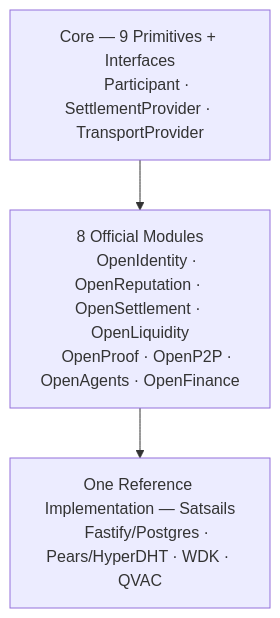
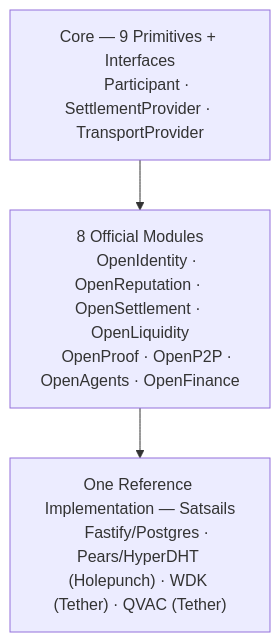
Before and after one commit to alan-schramm/Sails-Protocol: the third of 3 diagrams in docs/whitepapers/PROTOCOL_PAPER.md, drawn with Mermaid. The commit also changed other lines of this file and 3 other files, not shown here.

First line of the commit message:
Add Tether/Holepunch infrastructure narrative across all 4 whitepapers

````diff
--- a/docs/whitepapers/PROTOCOL_PAPER.md
+++ b/docs/whitepapers/PROTOCOL_PAPER.md
@@ -232,11 +234,11 @@
 ```mermaid
 graph TD
     Core["Core — 9 Primitives + Interfaces
     Participant · SettlementProvider · TransportProvider"]
     Modules["8 Official Modules
     OpenIdentity · OpenReputation · OpenSettlement · OpenLiquidity
     OpenProof · OpenP2P · OpenAgents · OpenFinance"]
     Ref["One Reference Implementation — Satsails
-    Fastify/Postgres · Pears/HyperDHT · WDK · QVAC"]
+    Fastify/Postgres · Pears/HyperDHT (Holepunch) · WDK (Tether) · QVAC (Tether)"]
     Core --> Modules --> Ref
 ```
````
